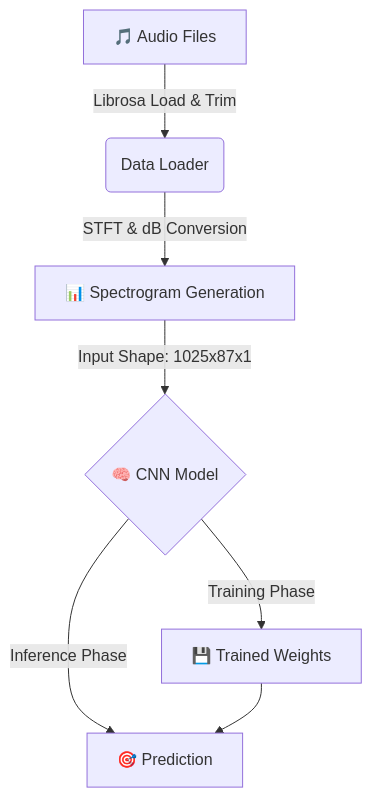
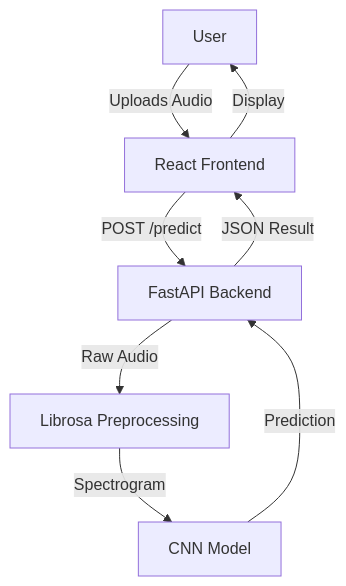
One commit to SanketBaviskar/Orchestral-Music-Instrument-Detector-using-CNN changed the diagram in readme.md. Above: the diagram before and after it, drawn with Mermaid. The commit also changed other lines of this file and 809 other files, not shown here.

Commit message:
removed unnecessary files and updated the logic with god architecture

````diff
--- a/readme.md
+++ b/readme.md
@@ -21,9 +28,10 @@
 ```mermaid
 graph TD
-    A[🎵 Audio Files] -->|Librosa Load & Trim| B(Data Loader)
-    B -->|STFT & dB Conversion| C[📊 Spectrogram Generation]
-    C -->|Input Shape: 1025x87x1| D{🧠 CNN Model}
-    D -->|Training Phase| E[💾 Trained Weights]
-    D -->|Inference Phase| F[🎯 Prediction]
-    E --> F
+    User[User] -->|Uploads Audio| Frontend[React Frontend]
+    Frontend -->|POST /predict| Backend[FastAPI Backend]
+    Backend -->|Raw Audio| Preprocessing[Librosa Preprocessing]
+    Preprocessing -->|Spectrogram| Model[CNN Model]
+    Model -->|Prediction| Backend
+    Backend -->|JSON Result| Frontend
+    Frontend -->|Display| User
 ```
````
